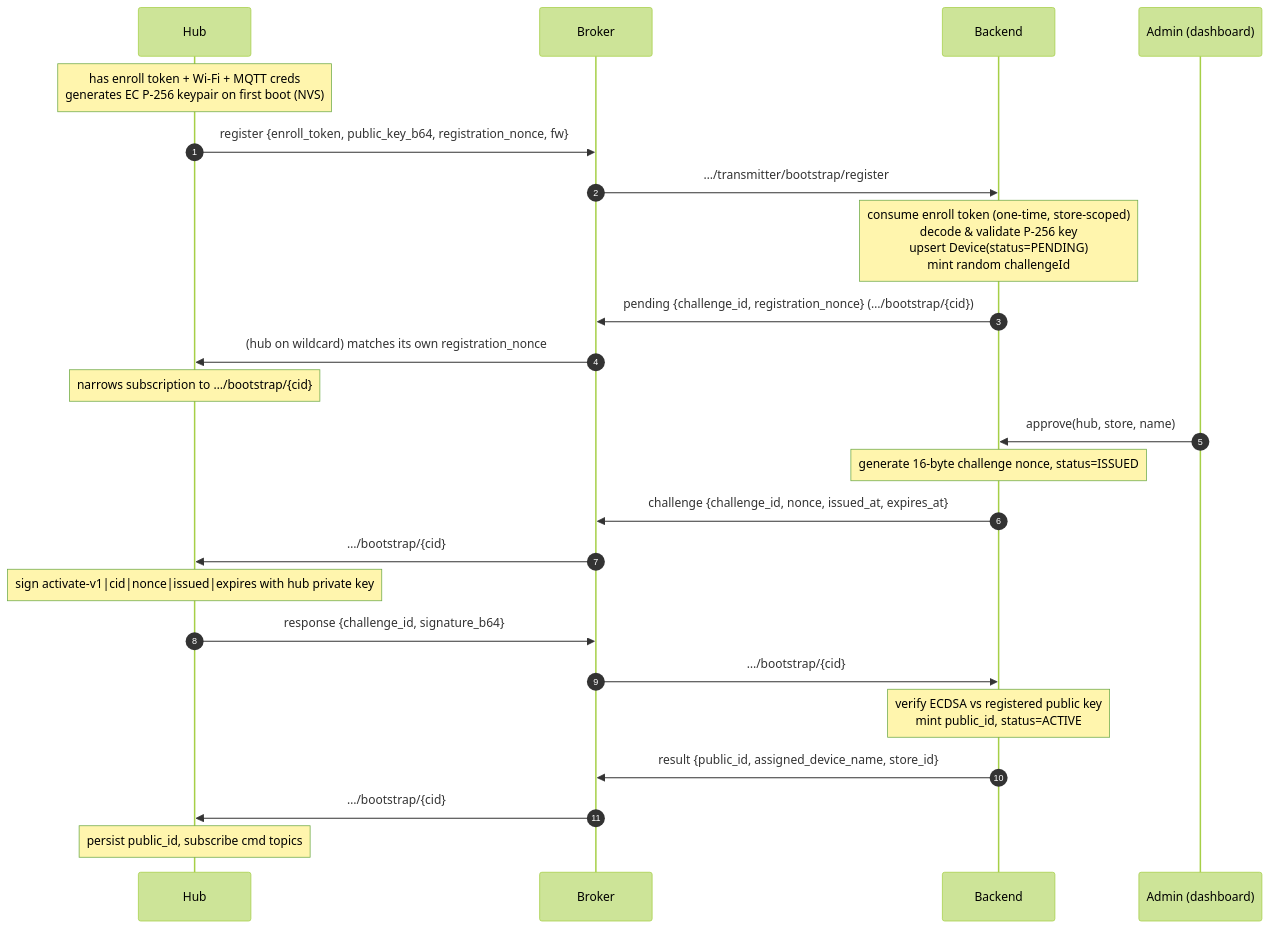
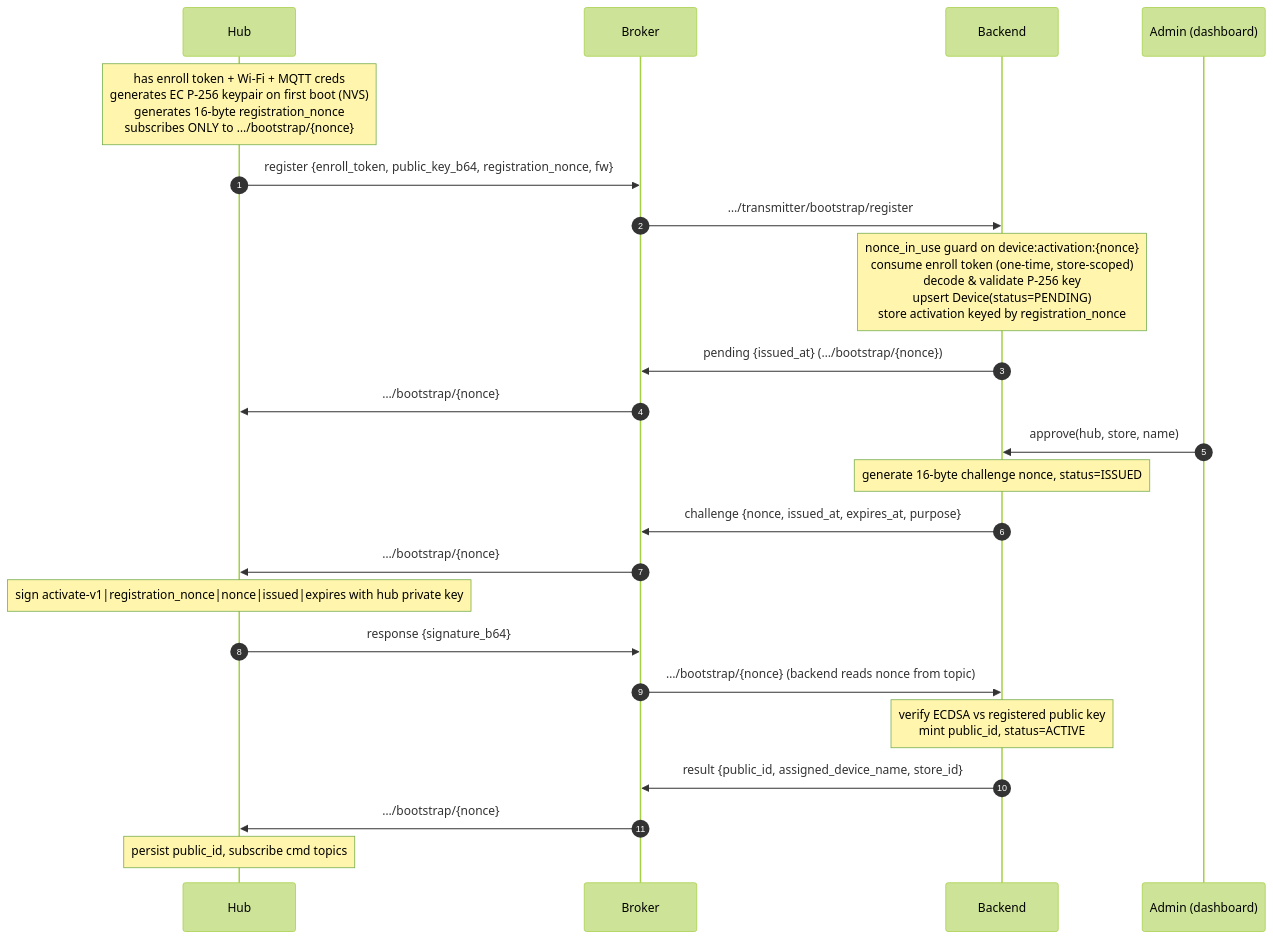
One commit to Thomas-Hoang-04/notiguide changed the first of 4 diagrams in docs/walkthrough/MQTT Communication Walkthrough.md. Above: the diagram before and after it, drawn with Mermaid (forest theme). The commit also changed other lines of this file and 3 other files, not shown here.

Commit message:
feat: update MQTT schema and add device signature verification

````diff
--- a/docs/walkthrough/MQTT Communication Walkthrough.md
+++ b/docs/walkthrough/MQTT Communication Walkthrough.md
@@ -160,28 +193,27 @@
 ```mermaid
 sequenceDiagram
     autonumber
     participant D as Hub
     participant B as Broker
     participant S as Backend
     participant A as Admin (dashboard)
 
-    Note over D: has enroll token + Wi-Fi + MQTT creds<br/>generates EC P-256 keypair on first boot (NVS)
+    Note over D: has enroll token + Wi-Fi + MQTT creds<br/>generates EC P-256 keypair on first boot (NVS)<br/>generates 16-byte registration_nonce<br/>subscribes ONLY to …/bootstrap/{nonce}
     D->>B: register {enroll_token, public_key_b64, registration_nonce, fw}
     B->>S: …/transmitter/bootstrap/register
-    Note over S: consume enroll token (one-time, store-scoped)<br/>decode & validate P-256 key<br/>upsert Device(status=PENDING)<br/>mint random challengeId
-    S->>B: pending {challenge_id, registration_nonce}  (…/bootstrap/{cid})
-    B->>D: (hub on wildcard) matches its own registration_nonce
-    Note over D: narrows subscription to …/bootstrap/{cid}
+    Note over S: nonce_in_use guard on device:activation:{nonce}<br/>consume enroll token (one-time, store-scoped)<br/>decode & validate P-256 key<br/>upsert Device(status=PENDING)<br/>store activation keyed by registration_nonce
+    S->>B: pending {issued_at}  (…/bootstrap/{nonce})
+    B->>D: …/bootstrap/{nonce}
 
     A->>S: approve(hub, store, name)
     Note over S: generate 16-byte challenge nonce, status=ISSUED
-    S->>B: challenge {challenge_id, nonce, issued_at, expires_at}
-    B->>D: …/bootstrap/{cid}
-    Note over D: sign  activate-v1|cid|nonce|issued|expires  with hub private key
-    D->>B: response {challenge_id, signature_b64}
-    B->>S: …/bootstrap/{cid}
+    S->>B: challenge {nonce, issued_at, expires_at, purpose}
+    B->>D: …/bootstrap/{nonce}
+    Note over D: sign  activate-v1|registration_nonce|nonce|issued|expires  with hub private key
+    D->>B: response {signature_b64}
+    B->>S: …/bootstrap/{nonce}  (backend reads nonce from topic)
     Note over S: verify ECDSA vs registered public key<br/>mint public_id, status=ACTIVE
     S->>B: result {public_id, assigned_device_name, store_id}
-    B->>D: …/bootstrap/{cid}
+    B->>D: …/bootstrap/{nonce}
     Note over D: persist public_id, subscribe cmd topics
 ```
````
